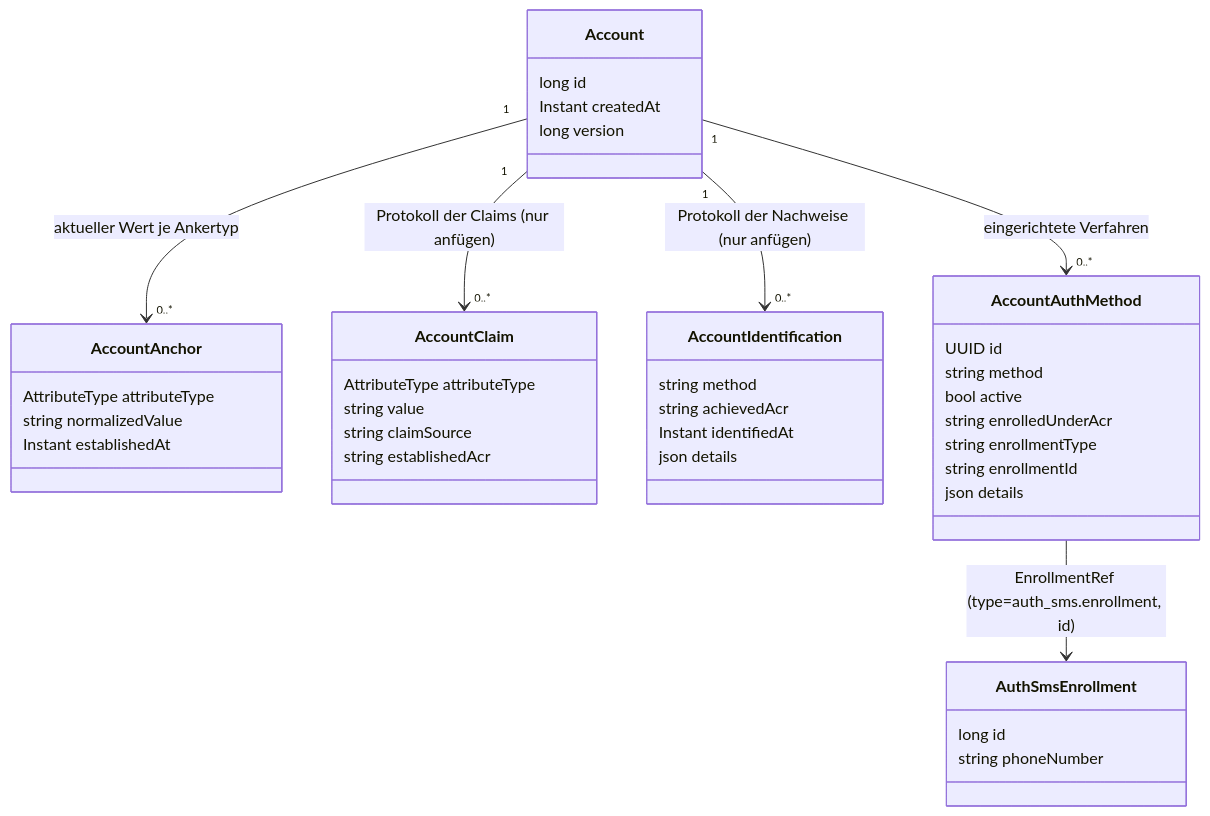
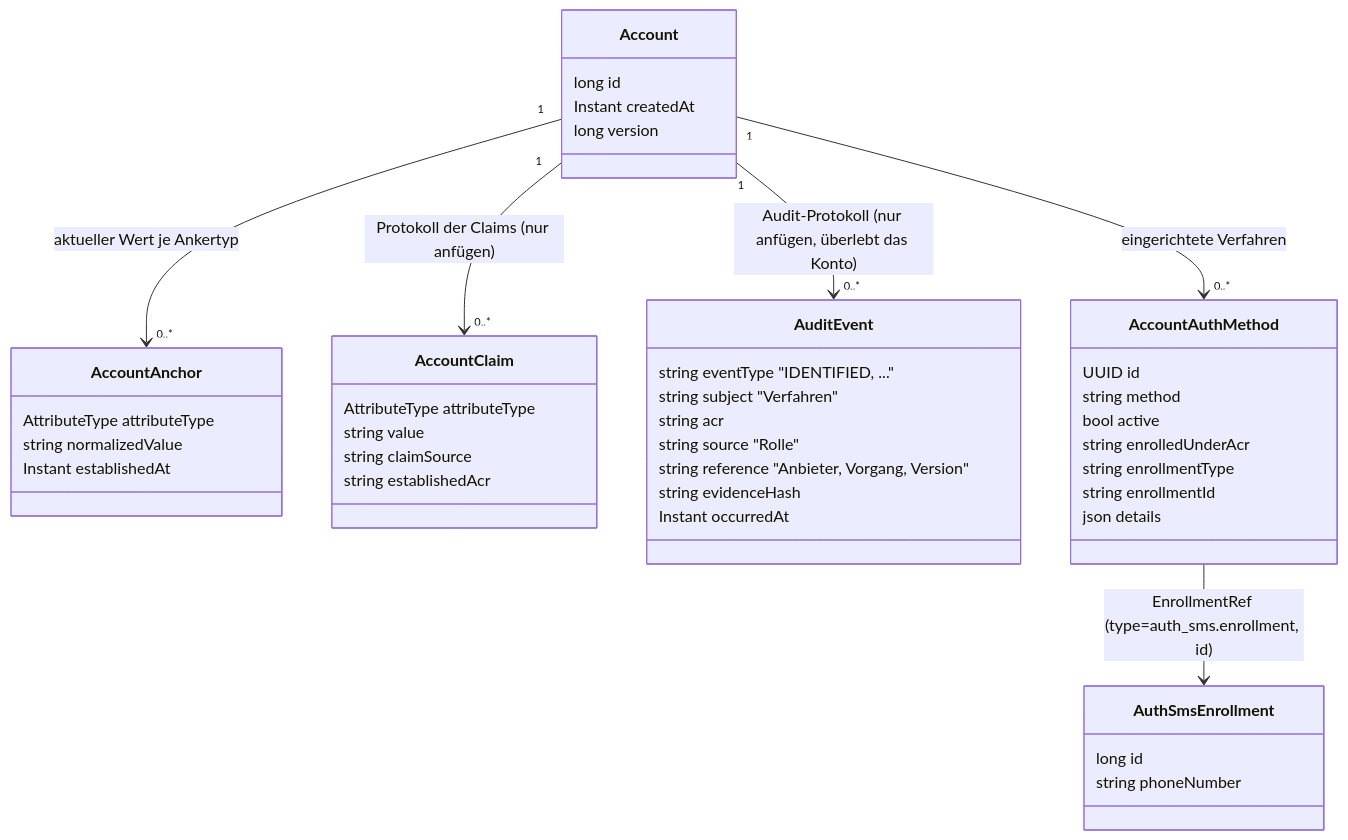
One commit to rpreissel/DPoP-demo changed the diagram in docs/06-ablaeufe.md. Above: the diagram before and after it, drawn with Mermaid. The commit also changed other lines of this file and 32 other files, not shown here.

First line of the commit message:
refactor(account): Identifizierungen nur noch im Audit-Trail, keine Ausweisnummer (ADR-39, Phase F 29)

````diff
--- a/docs/06-ablaeufe.md
+++ b/docs/06-ablaeufe.md
@@ -20,44 +20,47 @@
 ```mermaid
 classDiagram
   class Account {
     long id
     Instant createdAt
     long version
   }
   class AccountAnchor {
     AttributeType attributeType
     string normalizedValue
     Instant establishedAt
   }
   class AccountClaim {
     AttributeType attributeType
     string value
     string claimSource
     string establishedAcr
   }
-  class AccountIdentification {
-    string method
-    string achievedAcr
-    Instant identifiedAt
-    json details
+  class AuditEvent {
+    string eventType "IDENTIFIED, ..."
+    string subject "Verfahren"
+    string acr
+    string source "Rolle"
+    string reference "Anbieter, Vorgang, Version"
+    string evidenceHash
+    Instant occurredAt
   }
   class AccountAuthMethod {
     UUID id
     string method
     bool active
     string enrolledUnderAcr
     string enrollmentType
     string enrollmentId
     json details
   }
   class AuthSmsEnrollment {
     long id
     string phoneNumber
   }
 
   Account "1" --> "0..*" AccountAnchor : aktueller Wert je Ankertyp
   Account "1" --> "0..*" AccountClaim : Protokoll der Claims (nur anfügen)
-  Account "1" --> "0..*" AccountIdentification : Protokoll der Nachweise (nur anfügen)
+  Account "1" --> "0..*" AuditEvent : Audit-Protokoll (nur anfügen, überlebt das Konto)
   Account "1" --> "0..*" AccountAuthMethod : eingerichtete Verfahren
   AccountAuthMethod --> AuthSmsEnrollment : EnrollmentRef (type=auth_sms.enrollment, id)
 ```
````
